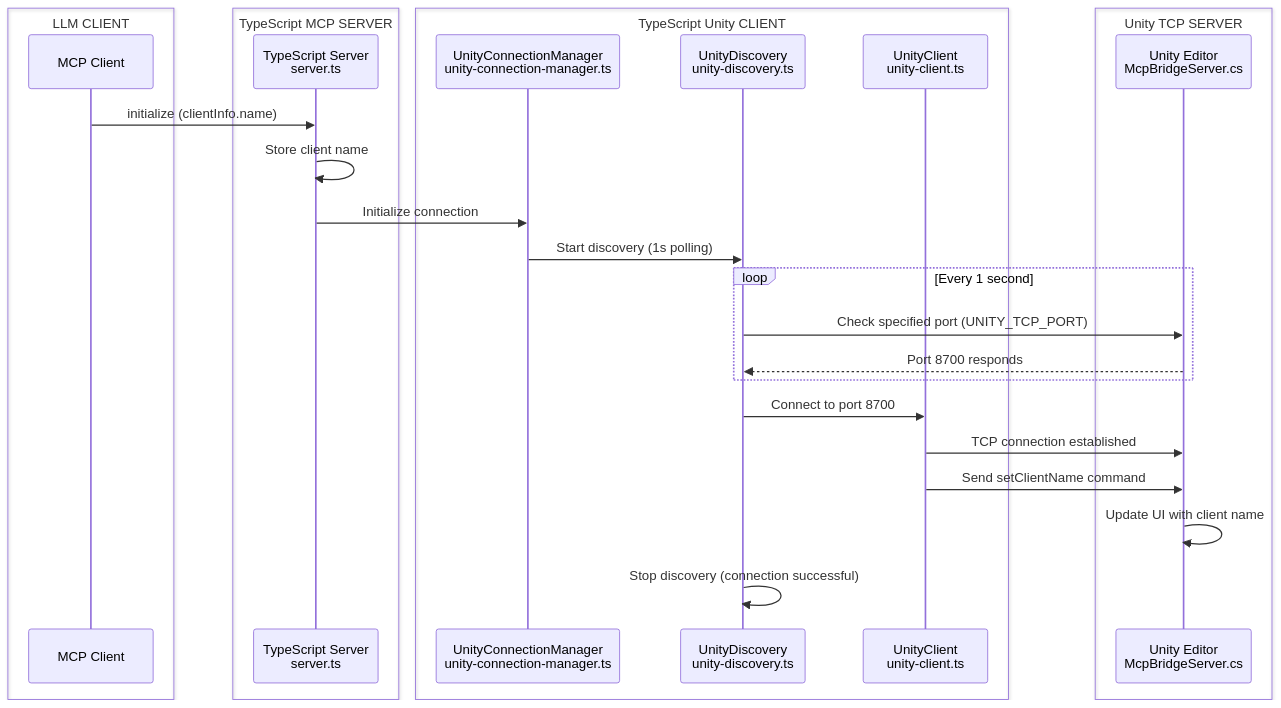
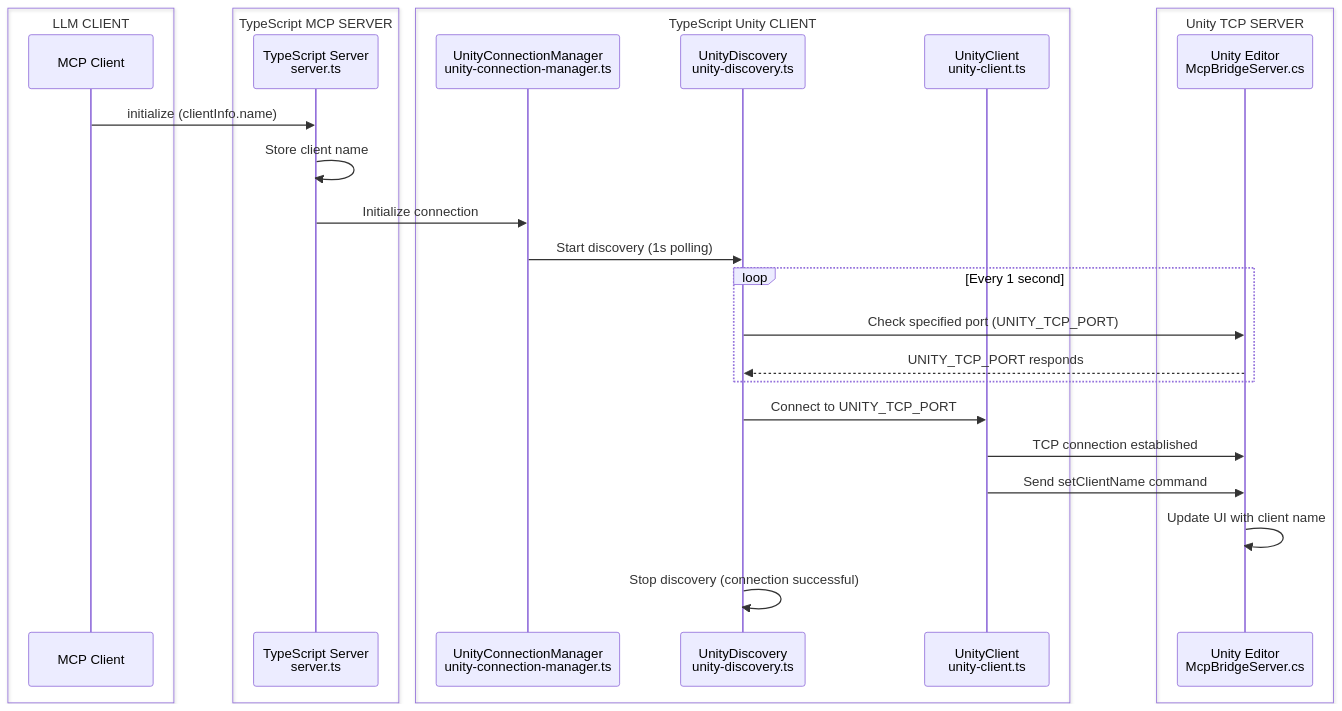
The sixth of 16 diagrams in Packages/src/ARCHITECTURE.md (hatayama/uLoopMCP), drawn with Mermaid before and after one commit. The commit also changed other lines of this file and 1 other file, not shown here.

First line of the commit message:
docs: replace hardcoded port references with UNITY_TCP_PORT in diagrams

````diff
--- a/Packages/src/ARCHITECTURE.md
+++ b/Packages/src/ARCHITECTURE.md
@@ -445,36 +445,36 @@
 ```mermaid
 sequenceDiagram
     box LLM CLIENT
     participant MCP as MCP Client
     end
     
     box TypeScript MCP SERVER
     participant TS as TypeScript Server<br/>server.ts
     end
     
     box TypeScript Unity CLIENT
     participant UCM as UnityConnectionManager<br/>unity-connection-manager.ts
     participant UD as UnityDiscovery<br/>unity-discovery.ts
     participant UC as UnityClient<br/>unity-client.ts
     end
     
     box Unity TCP SERVER
     participant Unity as Unity Editor<br/>McpBridgeServer.cs
     end
     
     MCP->>TS: initialize (clientInfo.name)
     TS->>TS: Store client name
     TS->>UCM: Initialize connection
     UCM->>UD: Start discovery (1s polling)
     
     loop Every 1 second
         UD->>Unity: Check specified port (UNITY_TCP_PORT)
-        Unity-->>UD: Port 8700 responds
+        Unity-->>UD: UNITY_TCP_PORT responds
     end
     
-    UD->>UC: Connect to port 8700
+    UD->>UC: Connect to UNITY_TCP_PORT
     UC->>Unity: TCP connection established
     UC->>Unity: Send setClientName command
     Unity->>Unity: Update UI with client name
     UD->>UD: Stop discovery (connection successful)
 ```
````
